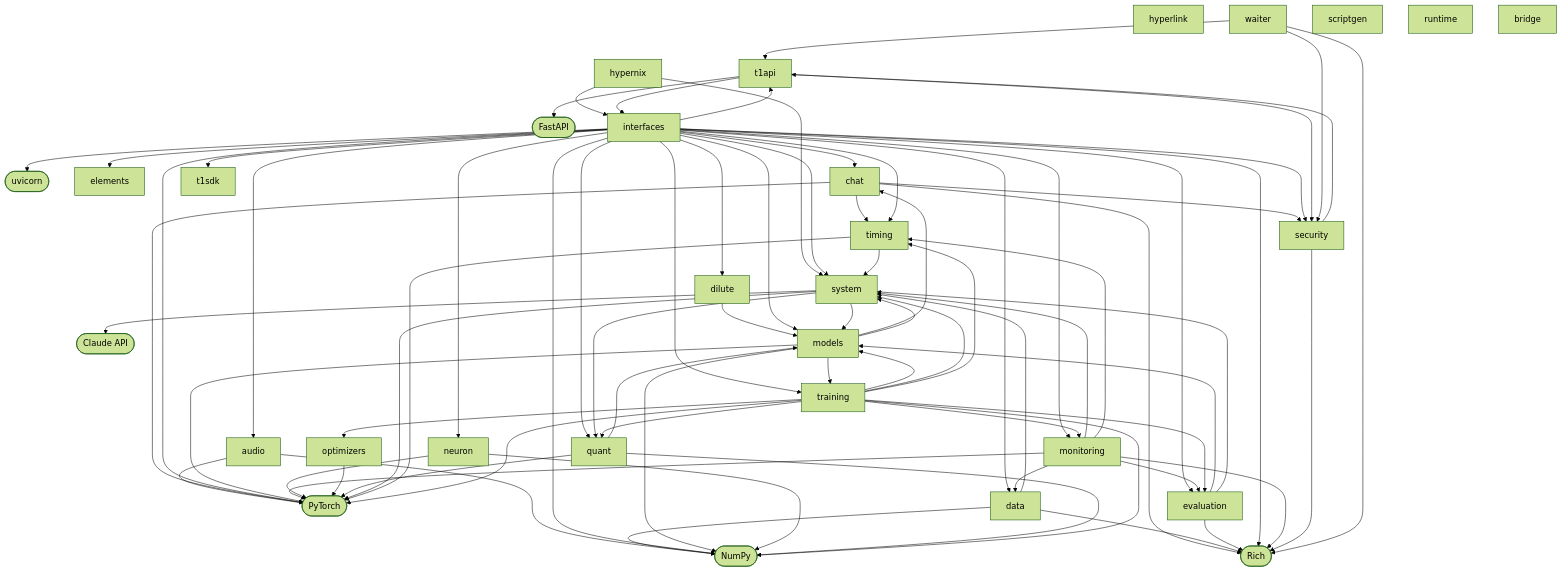
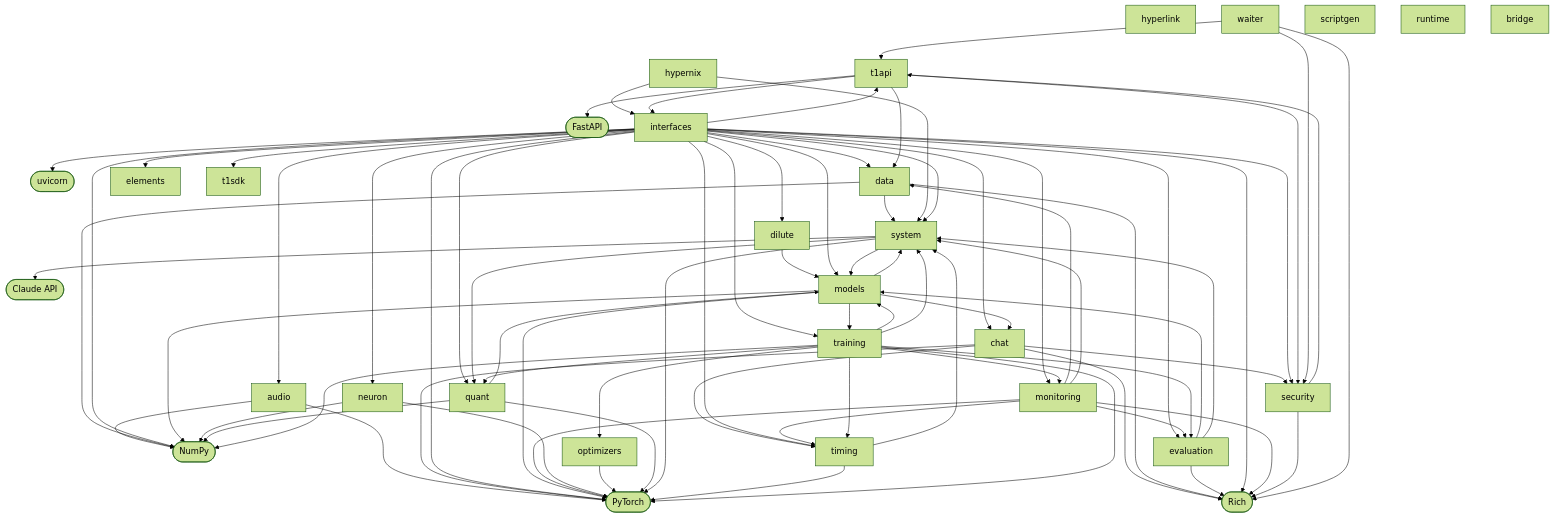
One commit to trail-b1az3r/HyperNix-pip changed the first of 2 diagrams in wiki/Architecture.md. Above: the diagram before and after it, drawn with Mermaid (forest theme). The commit also changed 14 other files, not shown here.

```diff
--- a/wiki/Architecture.md
+++ b/wiki/Architecture.md
@@ -101,6 +101,7 @@
     security --> t1api
     system --> models
     system --> quant
+    t1api --> data
     t1api --> interfaces
     t1api --> security
     timing --> system
```
